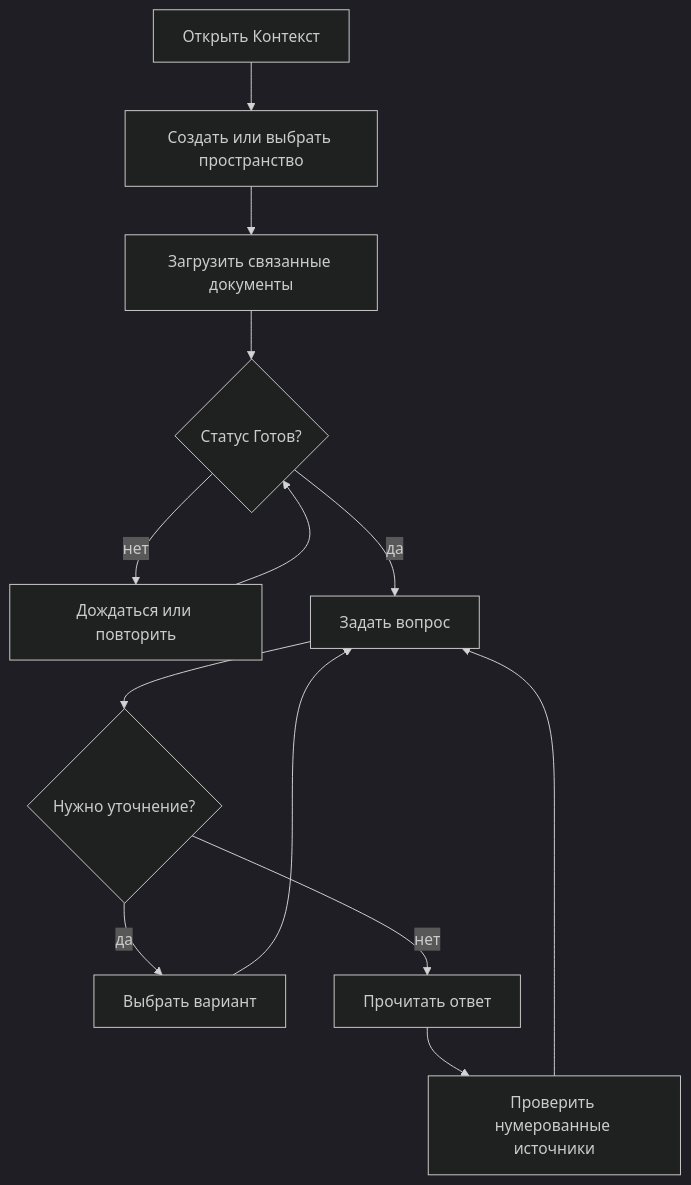
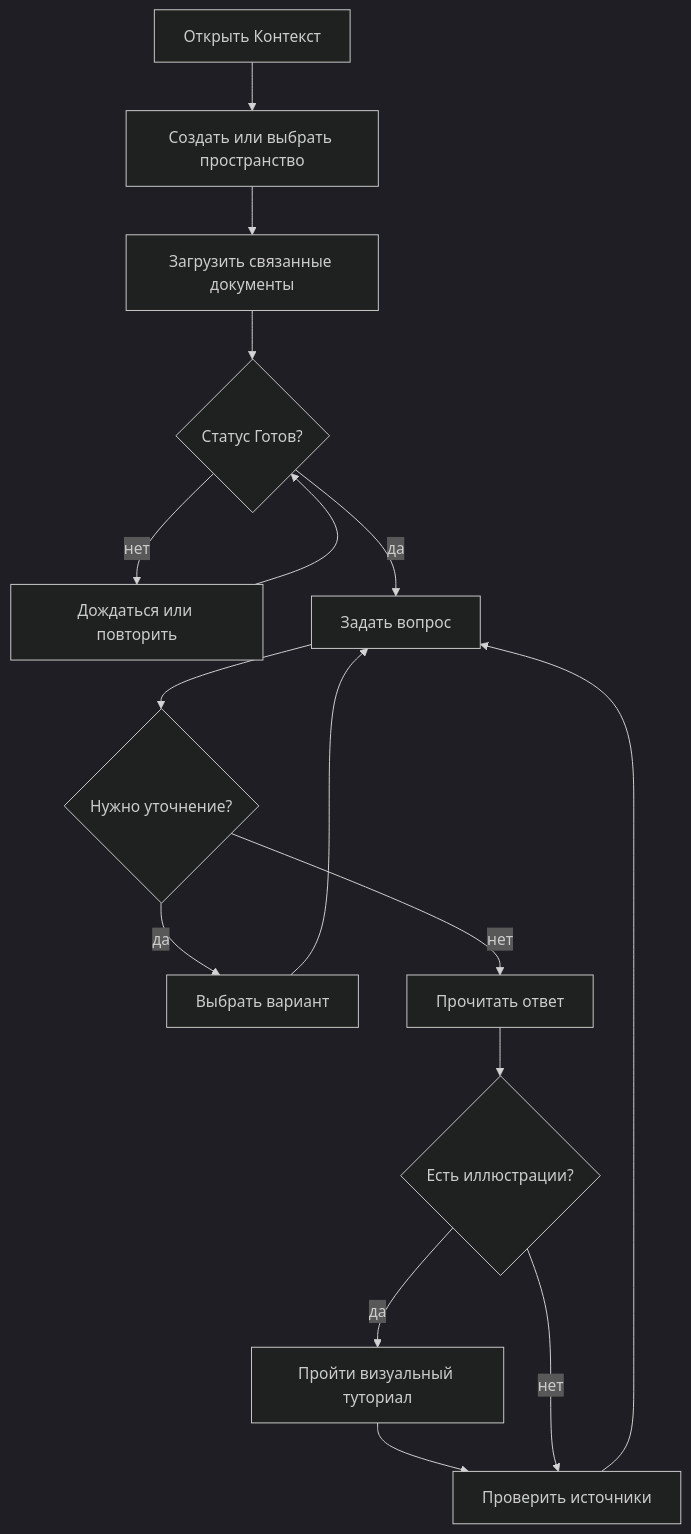
One commit to TBWTK/corporate-rag changed the diagram in docs/USER_GUIDE.md. Above: the diagram before and after it, drawn with Mermaid (dark theme). The commit also changed other lines of this file and 8 other files, not shown here.

````diff
--- a/docs/USER_GUIDE.md
+++ b/docs/USER_GUIDE.md
@@ -21,13 +21,15 @@
 ```mermaid
 flowchart TD
   Start["Открыть Контекст"] --> Space["Создать или выбрать пространство"]
   Space --> Upload["Загрузить связанные документы"]
   Upload --> Status{"Статус Готов?"}
   Status -->|нет| Wait["Дождаться или повторить"] --> Status
   Status -->|да| Ask["Задать вопрос"]
   Ask --> Clarify{"Нужно уточнение?"}
   Clarify -->|да| Choice["Выбрать вариант"] --> Ask
   Clarify -->|нет| Answer["Прочитать ответ"]
-  Answer --> Verify["Проверить нумерованные источники"]
+  Answer --> Visual{"Есть иллюстрации?"}
+  Visual -->|да| Tutorial["Пройти визуальный туториал"] --> Verify["Проверить источники"]
+  Visual -->|нет| Verify
   Verify --> Ask
 ```
````
